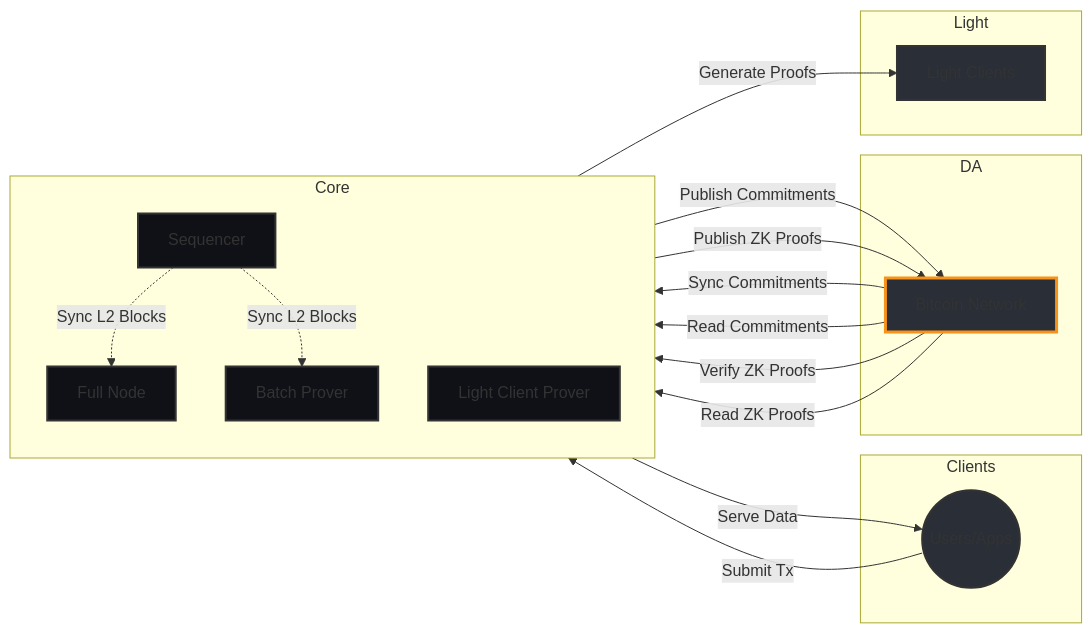
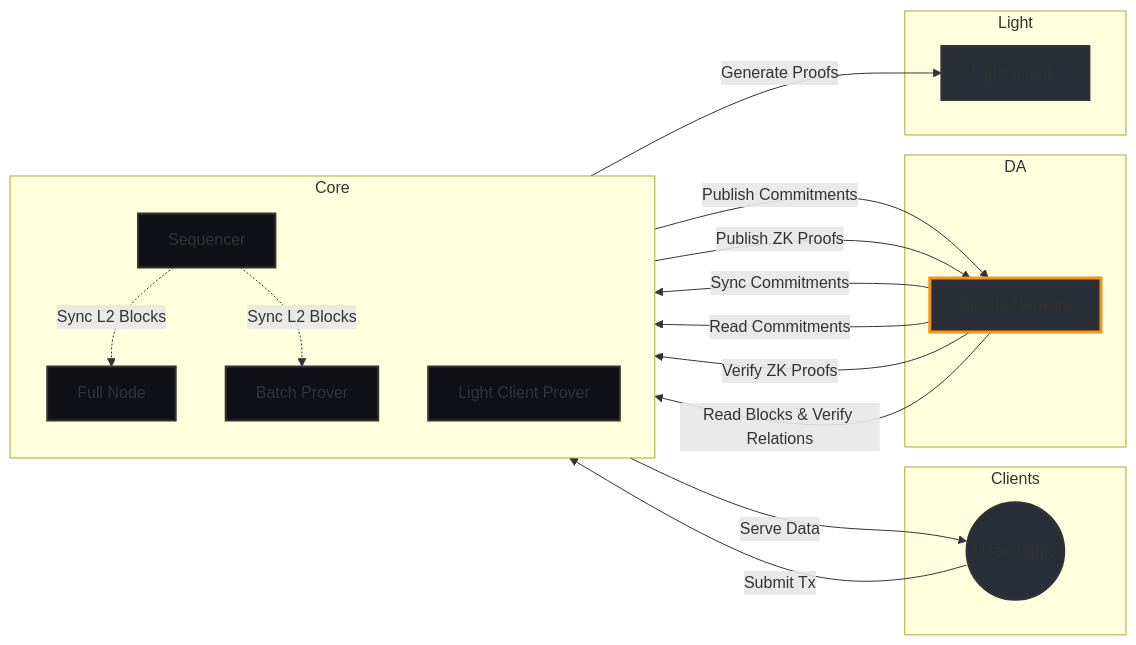
The diagram in docs/node-types.md (chainwayxyz/citrea), drawn with Mermaid before and after one commit. The commit also changed other lines of this file, not shown here.

````diff
--- a/docs/node-types.md
+++ b/docs/node-types.md
@@ -78,47 +77,47 @@
 ```mermaid
 flowchart LR
     subgraph Clients
         U((Users/Apps))
     end
 
     subgraph Core
         direction TB
         S[Sequencer]
         FN[Full Node]
         BP[Batch Prover]
         LCP[Light Client Prover]
     end
 
     subgraph DA
         BTC[Bitcoin Network]
     end
 
     subgraph Light
         LC[Light Clients]
     end
 
     %% User interactions
     U -->|Submit Tx| S
     FN -->|Serve Data| U
 
     %% L2 Block syncing
     S -.->|Sync L2 Blocks| FN & BP
 
     %% Bitcoin Network interactions
     S -->|Publish Commitments| BTC
     BTC -->|Sync Commitments| FN
     BTC -->|Read Commitments| BP
     BP -->|Publish ZK Proofs| BTC
     BTC -->|Verify ZK Proofs| FN
-    BTC -->|Read ZK Proofs| LCP
+    BTC -->|Read Blocks & Verify Relations| LCP
 
     %% Light Client interactions
     LCP -->|Generate Proofs| LC
 
     %% Styling
     classDef default fill:#0F1117,stroke:#333,stroke-width:2px;
     classDef client fill:#2A2E37,stroke:#333;
     classDef bitcoin fill:#2A2E37,stroke:#F7931A,stroke-width:3px;
     class U,LC client;
     class BTC bitcoin;
 ```
````
